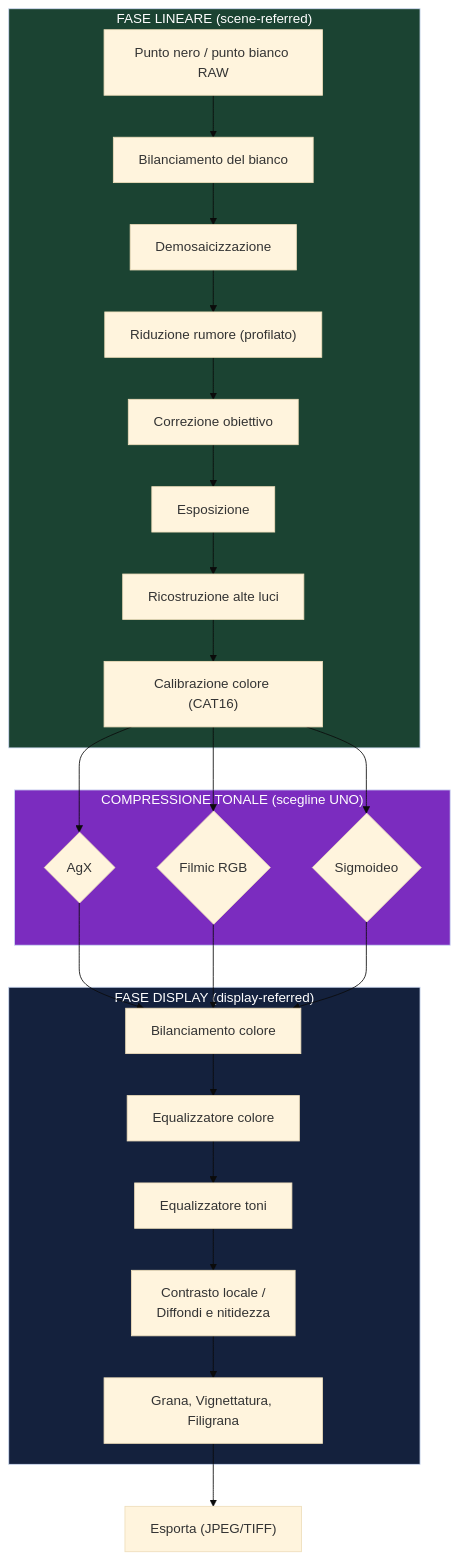
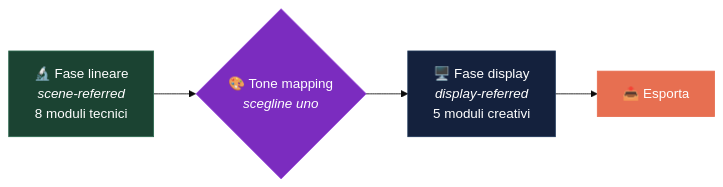
One commit to lorenzoperone/darktable-docs changed the diagram in docs/index.md. Above: the diagram before and after it, drawn with Mermaid (base theme). The commit also changed other lines of this file, not shown here.

Commit message:
fix: ridisegna diagramma homepage — compatto e leggibile
Sostituito diagramma verticale con 20+ nodi in un flowchart LR
con 4 nodi principali (Fase lineare → Tone mapping → Fase display → Esporta).
Dettagli completi nella sezione pipeline.

````diff
--- a/docs/index.md
+++ b/docs/index.md
@@ -63,32 +63,11 @@
 ```mermaid
-flowchart TD
-    subgraph LINEARE["FASE LINEARE (scene-referred)"]
-        A["Punto nero / punto bianco RAW"]
-        A --> B["Bilanciamento del bianco"]
-        B --> C["Demosaicizzazione"]
-        C --> D["Riduzione rumore (profilato)"]
-        D --> E["Correzione obiettivo"]
-        E --> F["Esposizione"]
-        F --> G["Ricostruzione alte luci"]
-        G --> H["Calibrazione colore (CAT16)"]
-    end
-    subgraph TONE["COMPRESSIONE TONALE (scegline UNO)"]
-        H --> I{"AgX"}
-        H --> J{"Filmic RGB"}
-        H --> K{"Sigmoideo"}
-    end
-    subgraph DISPLAY["FASE DISPLAY (display-referred)"]
-        I --> L["Bilanciamento colore"]
-        J --> L
-        K --> L
-        L --> M["Equalizzatore colore"]
-        M --> N["Equalizzatore toni"]
-        N --> O["Contrasto locale /<br/>Diffondi e nitidezza"]
-        O --> P["Grana, Vignettatura, Filigrana"]
-    end
-    P --> Q["Esporta (JPEG/TIFF)"]
+flowchart LR
+    A["🔬 Fase lineare<br/><i>scene-referred</i><br/>8 moduli tecnici"] --> B{"🎨 Tone mapping<br/><i>scegline uno</i>"}
+    B --> C["🖥️ Fase display<br/><i>display-referred</i><br/>5 moduli creativi"]
+    C --> D["📤 Esporta"]
 
-    style LINEARE fill:#1b4332,color:#fff
-    style TONE fill:#7b2cbf,color:#fff
-    style DISPLAY fill:#14213d,color:#fff
+    style A fill:#1b4332,color:#fff,stroke:#2d6a4f
+    style B fill:#7b2cbf,color:#fff,stroke:#9d4edd
+    style C fill:#14213d,color:#fff,stroke:#1d3557
+    style D fill:#e76f51,color:#fff,stroke:#e76f51
 ```
````
